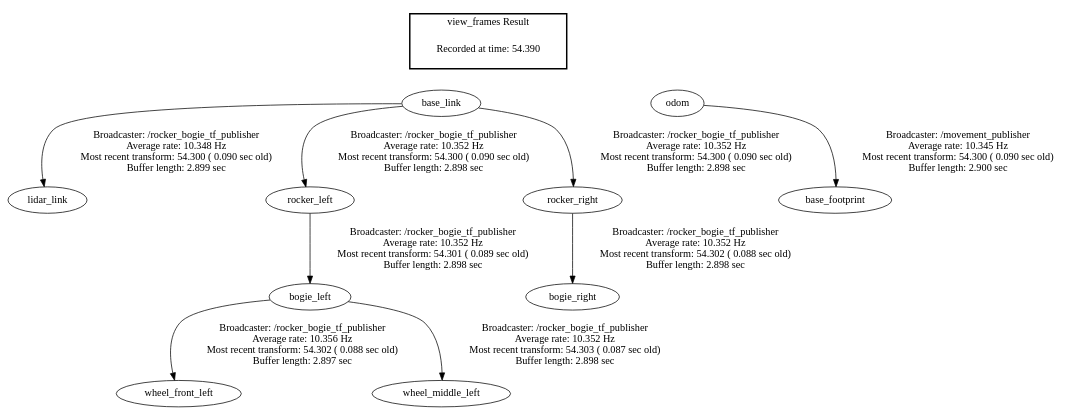
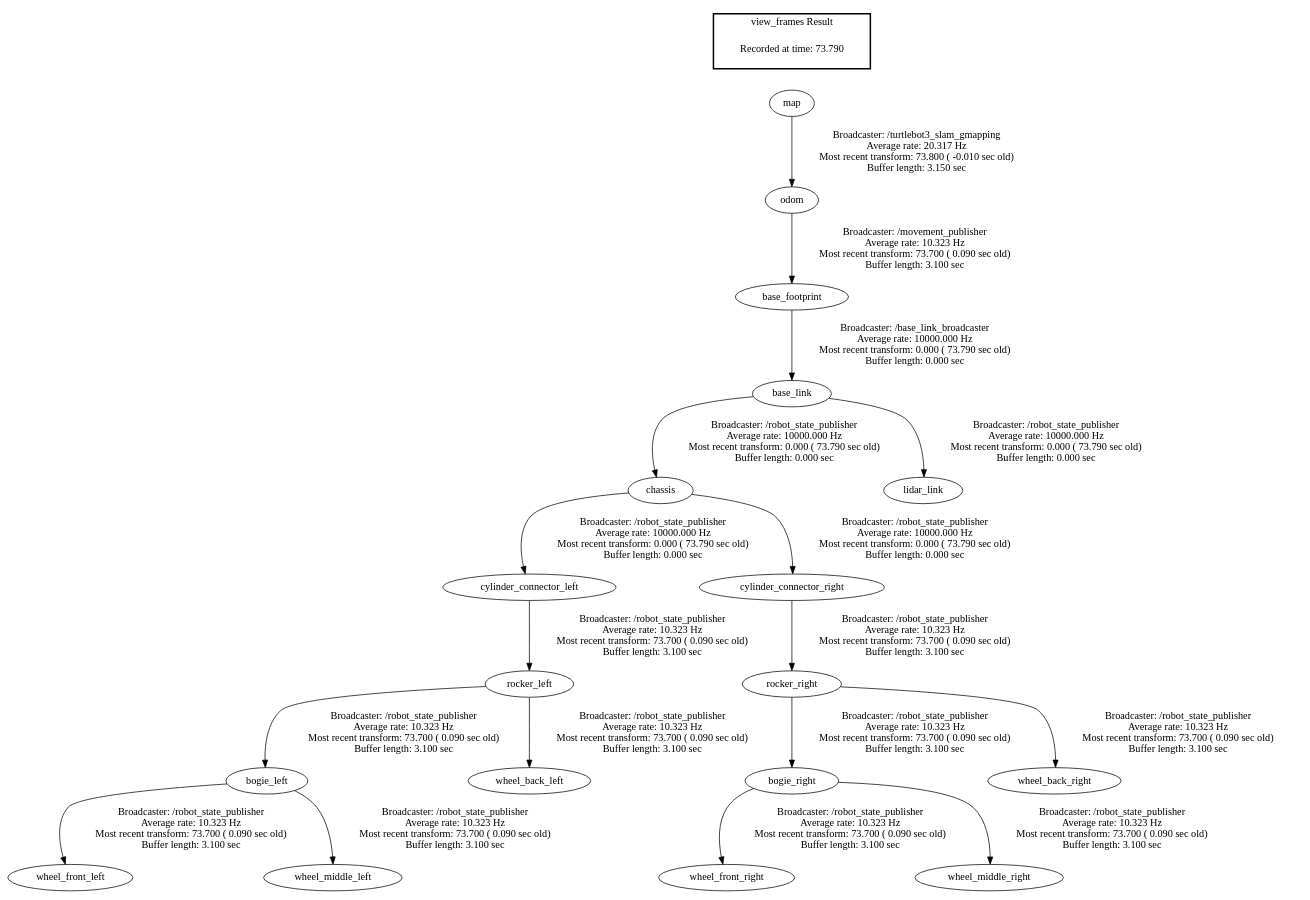
One commit to yossaphatkln/Senior_project changed the diagram in frames.gv. Above: the diagram before and after it, drawn with Graphviz. The commit also changed 1 other file, not shown here.

```diff
--- a/frames.gv
+++ b/frames.gv
@@ -1,18 +1,23 @@
 digraph G {
-"base_link" -> "lidar_link"[label="Broadcaster: /rocker_bogie_tf_publisher\nAverage rate: 10.348 Hz\nMost recent transform: 54.300 ( 0.090 sec old)\nBuffer length: 2.899 sec\n"];
-"odom" -> "base_footprint"[label="Broadcaster: /movement_publisher\nAverage rate: 10.345 Hz\nMost recent transform: 54.300 ( 0.090 sec old)\nBuffer length: 2.900 sec\n"];
-"base_link" -> "rocker_left"[label="Broadcaster: /rocker_bogie_tf_publisher\nAverage rate: 10.352 Hz\nMost recent transform: 54.300 ( 0.090 sec old)\nBuffer length: 2.898 sec\n"];
-"base_link" -> "rocker_right"[label="Broadcaster: /rocker_bogie_tf_publisher\nAverage rate: 10.352 Hz\nMost recent transform: 54.300 ( 0.090 sec old)\nBuffer length: 2.898 sec\n"];
-"rocker_left" -> "bogie_left"[label="Broadcaster: /rocker_bogie_tf_publisher\nAverage rate: 10.352 Hz\nMost recent transform: 54.301 ( 0.089 sec old)\nBuffer length: 2.898 sec\n"];
-"rocker_right" -> "bogie_right"[label="Broadcaster: /rocker_bogie_tf_publisher\nAverage rate: 10.352 Hz\nMost recent transform: 54.302 ( 0.088 sec old)\nBuffer length: 2.898 sec\n"];
-"bogie_left" -> "wheel_front_left"[label="Broadcaster: /rocker_bogie_tf_publisher\nAverage rate: 10.356 Hz\nMost recent transform: 54.302 ( 0.088 sec old)\nBuffer length: 2.897 sec\n"];
-"bogie_left" -> "wheel_middle_left"[label="Broadcaster: /rocker_bogie_tf_publisher\nAverage rate: 10.352 Hz\nMost recent transform: 54.303 ( 0.087 sec old)\nBuffer length: 2.898 sec\n"];
+"base_footprint" -> "base_link"[label="Broadcaster: /base_link_broadcaster\nAverage rate: 10000.000 Hz\nMost recent transform: 0.000 ( 73.790 sec old)\nBuffer length: 0.000 sec\n"];
+"odom" -> "base_footprint"[label="Broadcaster: /movement_publisher\nAverage rate: 10.323 Hz\nMost recent transform: 73.700 ( 0.090 sec old)\nBuffer length: 3.100 sec\n"];
+"base_link" -> "chassis"[label="Broadcaster: /robot_state_publisher\nAverage rate: 10000.000 Hz\nMost recent transform: 0.000 ( 73.790 sec old)\nBuffer length: 0.000 sec\n"];
+"chassis" -> "cylinder_connector_left"[label="Broadcaster: /robot_state_publisher\nAverage rate: 10000.000 Hz\nMost recent transform: 0.000 ( 73.790 sec old)\nBuffer length: 0.000 sec\n"];
+"chassis" -> "cylinder_connector_right"[label="Broadcaster: /robot_state_publisher\nAverage rate: 10000.000 Hz\nMost recent transform: 0.000 ( 73.790 sec old)\nBuffer length: 0.000 sec\n"];
+"base_link" -> "lidar_link"[label="Broadcaster: /robot_state_publisher\nAverage rate: 10000.000 Hz\nMost recent transform: 0.000 ( 73.790 sec old)\nBuffer length: 0.000 sec\n"];
+"map" -> "odom"[label="Broadcaster: /turtlebot3_slam_gmapping\nAverage rate: 20.317 Hz\nMost recent transform: 73.800 ( -0.010 sec old)\nBuffer length: 3.150 sec\n"];
+"cylinder_connector_left" -> "rocker_left"[label="Broadcaster: /robot_state_publisher\nAverage rate: 10.323 Hz\nMost recent transform: 73.700 ( 0.090 sec old)\nBuffer length: 3.100 sec\n"];
+"cylinder_connector_right" -> "rocker_right"[label="Broadcaster: /robot_state_publisher\nAverage rate: 10.323 Hz\nMost recent transform: 73.700 ( 0.090 sec old)\nBuffer length: 3.100 sec\n"];
+"rocker_left" -> "bogie_left"[label="Broadcaster: /robot_state_publisher\nAverage rate: 10.323 Hz\nMost recent transform: 73.700 ( 0.090 sec old)\nBuffer length: 3.100 sec\n"];
+"rocker_right" -> "bogie_right"[label="Broadcaster: /robot_state_publisher\nAverage rate: 10.323 Hz\nMost recent transform: 73.700 ( 0.090 sec old)\nBuffer length: 3.100 sec\n"];
+"rocker_left" -> "wheel_back_left"[label="Broadcaster: /robot_state_publisher\nAverage rate: 10.323 Hz\nMost recent transform: 73.700 ( 0.090 sec old)\nBuffer length: 3.100 sec\n"];
+"rocker_right" -> "wheel_back_right"[label="Broadcaster: /robot_state_publisher\nAverage rate: 10.323 Hz\nMost recent transform: 73.700 ( 0.090 sec old)\nBuffer length: 3.100 sec\n"];
+"bogie_left" -> "wheel_front_left"[label="Broadcaster: /robot_state_publisher\nAverage rate: 10.323 Hz\nMost recent transform: 73.700 ( 0.090 sec old)\nBuffer length: 3.100 sec\n"];
+"bogie_right" -> "wheel_front_right"[label="Broadcaster: /robot_state_publisher\nAverage rate: 10.323 Hz\nMost recent transform: 73.700 ( 0.090 sec old)\nBuffer length: 3.100 sec\n"];
+"bogie_left" -> "wheel_middle_left"[label="Broadcaster: /robot_state_publisher\nAverage rate: 10.323 Hz\nMost recent transform: 73.700 ( 0.090 sec old)\nBuffer length: 3.100 sec\n"];
+"bogie_right" -> "wheel_middle_right"[label="Broadcaster: /robot_state_publisher\nAverage rate: 10.323 Hz\nMost recent transform: 73.700 ( 0.090 sec old)\nBuffer length: 3.100 sec\n"];
 edge [style=invis];
  subgraph cluster_legend { style=bold; color=black; label ="view_frames Result";
-"Recorded at time: 54.390"[ shape=plaintext ] ;
- }->"base_link";
-edge [style=invis];
- subgraph cluster_legend { style=bold; color=black; label ="view_frames Result";
-"Recorded at time: 54.390"[ shape=plaintext ] ;
- }->"odom";
+"Recorded at time: 73.790"[ shape=plaintext ] ;
+ }->"map";
 }
```
